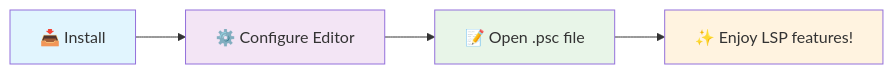
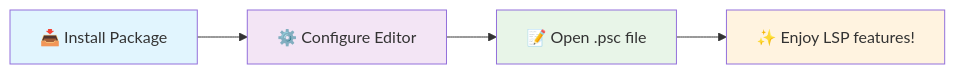
The diagram in README.md (icristianhernandez/pseint-lsp), drawn with Mermaid before and after one commit. The commit also changed other lines of this file and 12 other files, not shown here.

````diff
--- a/README.md
+++ b/README.md
@@ -65,11 +66,11 @@
 ```mermaid
 graph LR
-    A[📥 Install] --> B[⚙️ Configure Editor]
+    A[📥 Install Package] --> B[⚙️ Configure Editor]
     B --> C[📝 Open .psc file]
     C --> D[✨ Enjoy LSP features!]
     
     style A fill:#e1f5fe
     style B fill:#f3e5f5
     style C fill:#e8f5e8
     style D fill:#fff3e0
 ```
````
